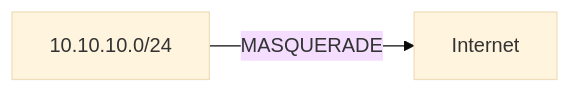
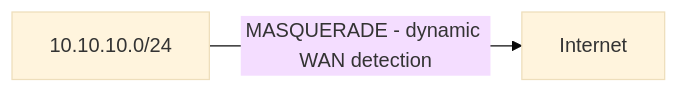
The third of 3 diagrams in docs/inventory.md (SwapnajXD/HomeLab), drawn with Mermaid (base theme) before and after one commit. The commit also changed other lines of this file and 12 other files, not shown here.

````diff
--- a/docs/inventory.md
+++ b/docs/inventory.md
@@ -513,4 +513,4 @@
 ```mermaid
 flowchart LR
-    LAN["10.10.10.0/24"] -->|MASQUERADE| INET[Internet]
+    LAN["10.10.10.0/24"] -->|MASQUERADE - dynamic WAN detection| INET[Internet]
 ```
````
